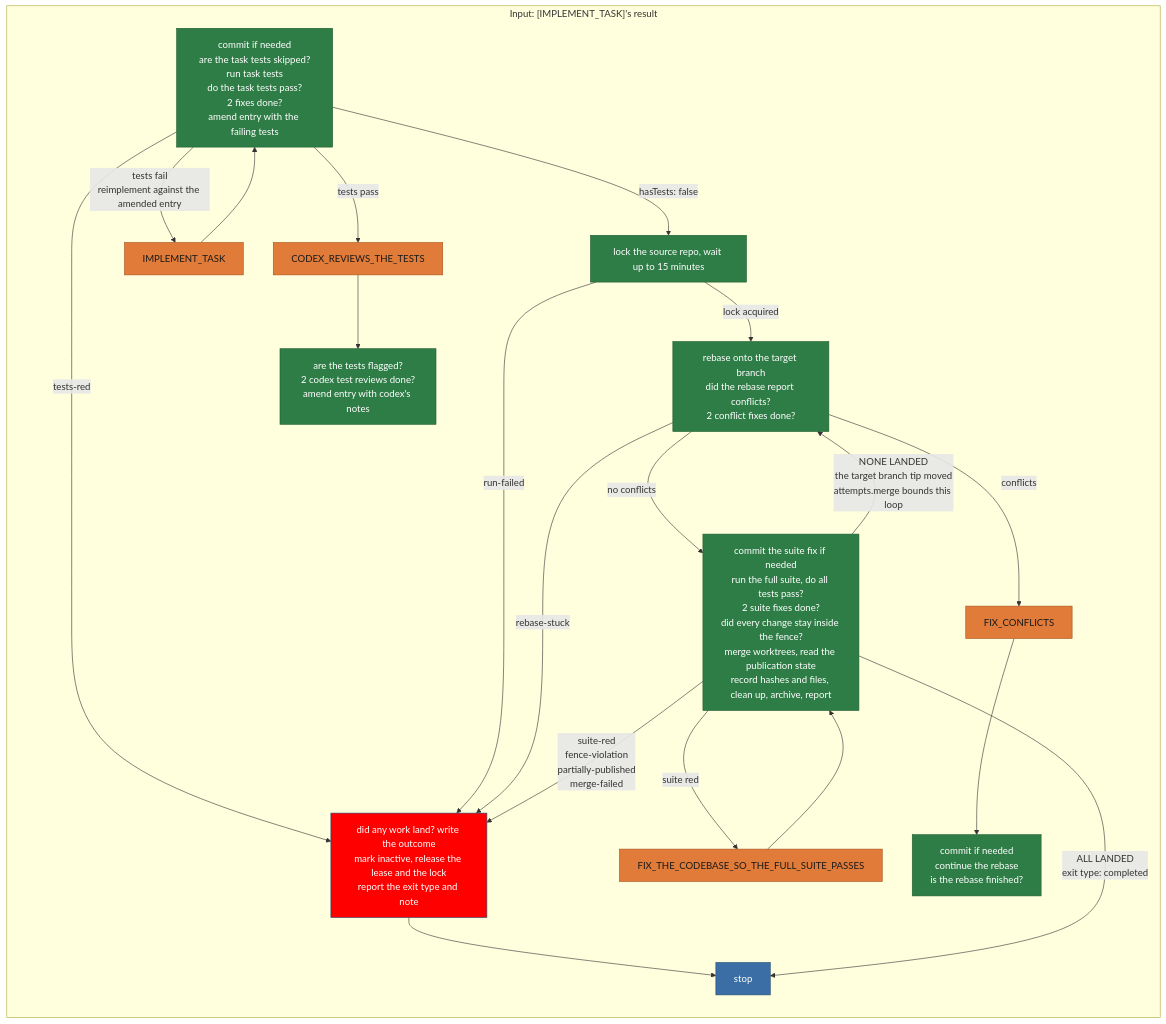
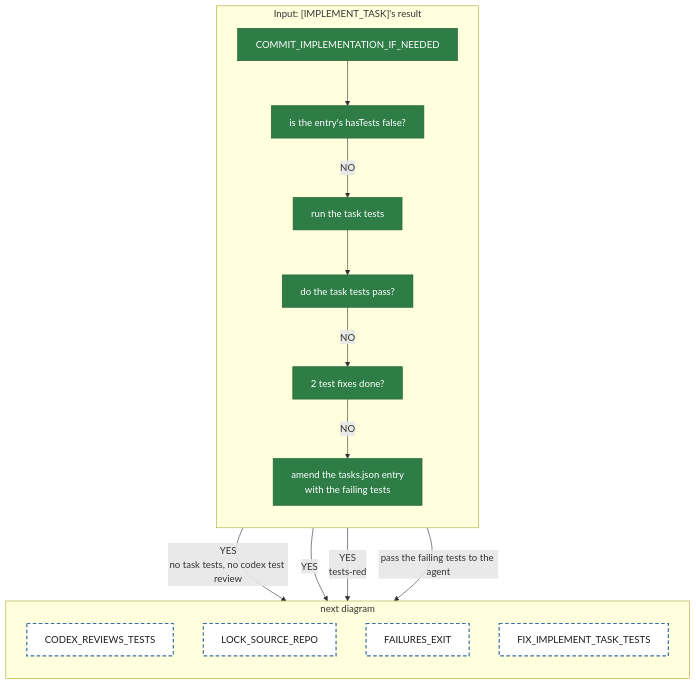
The diagram in diagrams/tackle-tasks/pipeline-commitImplementationIfNeeded.mmd (matkatmusic/taskTools), drawn with Mermaid before and after one commit. The commit also changed 164 other files, not shown here.

First line of the commit message:
Add new task scripts and templates for handling rebase and review processes

```diff
--- a/diagrams/tackle-tasks/pipeline-commitImplementationIfNeeded.mmd
+++ b/diagrams/tackle-tasks/pipeline-commitImplementationIfNeeded.mmd
@@ -1,45 +1,38 @@
 flowchart TB
-%% One agent() call. /run-step starts at COMMIT_IMPLEMENTATION_IF_NEEDED; paths end at orange box or STOP; its answer feeds named diagram.
+%% One agent() call. /run-step starts at COMMIT_IMPLEMENTATION_IF_NEEDED. Every path ends at an orange block or a dashed block.
 
   subgraph commitImplementationIfNeeded ["Input: [IMPLEMENT_TASK]'s result"]
     direction TB
-    COMMIT_IMPLEMENTATION_IF_NEEDED["commit if needed<br/>are the task tests skipped?<br/>run task tests<br/>do the task tests pass?<br/>2 fixes done?<br/>amend entry with the failing tests"]
-    CODEX_REVIEWS_TESTS["CODEX_REVIEWS_THE_TESTS"]
-    IMPLEMENT_TASK["IMPLEMENT_TASK"]
-    FAILURES_EXIT["did any work land? write the outcome<br/>mark inactive, release the lease and the lock<br/>report the exit type and note"]
-    STOP["stop"]
-    LOCK_SOURCE_REPO["lock the source repo, wait up to 15 minutes"]
-    REBASE_ONTO_TARGET_BRANCH["rebase onto the target branch<br/>did the rebase report conflicts?<br/>2 conflict fixes done?"]
-    FIX_CONFLICTS["FIX_CONFLICTS"]
-    RUN_FULL_SUITE["commit the suite fix if needed<br/>run the full suite, do all tests pass?<br/>2 suite fixes done?<br/>did every change stay inside the fence?<br/>merge worktrees, read the publication state<br/>record hashes and files, clean up, archive, report"]
-    FIX_THE_CODEBASE_FOR_SUITE["FIX_THE_CODEBASE_SO_THE_FULL_SUITE_PASSES"]
-    ARE_TESTS_FLAGGED["are the tests flagged?<br/>2 codex test reviews done?<br/>amend entry with codex's notes"]
-    COMMIT_MERGE_CONFLICT_FIX_IF_NEEDED["commit if needed<br/>continue the rebase<br/>is the rebase finished?"]
+    COMMIT_IMPLEMENTATION_IF_NEEDED["COMMIT_IMPLEMENTATION_IF_NEEDED"]
+    ARE_TASK_TESTS_SKIPPED_Q["is the entry's hasTests false?"]
+    RUN_TASK_TESTS["run the task tests"]
+    DO_TASK_TESTS_PASS_Q["do the task tests pass?"]
+    ARE_2_TEST_FIXES_DONE_Q["2 test fixes done?"]
+    AMEND_ENTRY_WITH_FAILING_TESTS["amend the tasks.json entry<br/>with the failing tests"]
   end
-  COMMIT_IMPLEMENTATION_IF_NEEDED -- "tests pass" --> CODEX_REVIEWS_TESTS
-  COMMIT_IMPLEMENTATION_IF_NEEDED -- "tests fail<br/>reimplement against the amended entry" --> IMPLEMENT_TASK
-  FAILURES_EXIT --> STOP
-  COMMIT_IMPLEMENTATION_IF_NEEDED -- "tests-red" --> FAILURES_EXIT
-  COMMIT_IMPLEMENTATION_IF_NEEDED -- "hasTests: false" --> LOCK_SOURCE_REPO
-  LOCK_SOURCE_REPO -- "run-failed" --> FAILURES_EXIT
-  LOCK_SOURCE_REPO -- "lock acquired" --> REBASE_ONTO_TARGET_BRANCH
-  REBASE_ONTO_TARGET_BRANCH -- "conflicts" --> FIX_CONFLICTS
-  REBASE_ONTO_TARGET_BRANCH -- "rebase-stuck" --> FAILURES_EXIT
-  REBASE_ONTO_TARGET_BRANCH -- "no conflicts" --> RUN_FULL_SUITE
-  RUN_FULL_SUITE -- "suite red" --> FIX_THE_CODEBASE_FOR_SUITE
-  RUN_FULL_SUITE -- "suite-red<br/>fence-violation<br/>partially-published<br/>merge-failed" --> FAILURES_EXIT
-  RUN_FULL_SUITE -- "ALL LANDED<br/>exit type: completed" --> STOP
-  RUN_FULL_SUITE -- "NONE LANDED<br/>the target branch tip moved<br/>attempts.merge bounds this loop" --> REBASE_ONTO_TARGET_BRANCH
-  CODEX_REVIEWS_TESTS --> ARE_TESTS_FLAGGED
-  IMPLEMENT_TASK --> COMMIT_IMPLEMENTATION_IF_NEEDED
-  FIX_CONFLICTS --> COMMIT_MERGE_CONFLICT_FIX_IF_NEEDED
-  FIX_THE_CODEBASE_FOR_SUITE --> RUN_FULL_SUITE
+  subgraph commitImplementationIfNeededNext ["next diagram"]
+    direction TB
+    CODEX_REVIEWS_TESTS["CODEX_REVIEWS_TESTS"]
+    LOCK_SOURCE_REPO["LOCK_SOURCE_REPO"]
+    FAILURES_EXIT["FAILURES_EXIT"]
+    FIX_IMPLEMENT_TASK_TESTS["FIX_IMPLEMENT_TASK_TESTS"]
+  end
+  commitImplementationIfNeeded ~~~ commitImplementationIfNeededNext
+
+  COMMIT_IMPLEMENTATION_IF_NEEDED --> ARE_TASK_TESTS_SKIPPED_Q
+  ARE_TASK_TESTS_SKIPPED_Q -- "YES<br/>no task tests, no codex test review" --> LOCK_SOURCE_REPO
+  ARE_TASK_TESTS_SKIPPED_Q -- "NO" --> RUN_TASK_TESTS
+  RUN_TASK_TESTS --> DO_TASK_TESTS_PASS_Q
+  DO_TASK_TESTS_PASS_Q -- "YES" --> CODEX_REVIEWS_TESTS
+  DO_TASK_TESTS_PASS_Q -- "NO" --> ARE_2_TEST_FIXES_DONE_Q
+  ARE_2_TEST_FIXES_DONE_Q -- "NO" --> AMEND_ENTRY_WITH_FAILING_TESTS
+  ARE_2_TEST_FIXES_DONE_Q -- "YES<br/>tests-red" --> FAILURES_EXIT
+  AMEND_ENTRY_WITH_FAILING_TESTS -- "pass the failing tests to the agent" --> FIX_IMPLEMENT_TASK_TESTS
 
   classDef script fill:#2f7d46,stroke:#1e5c31,color:#ffffff
   classDef returns_a_prompt fill:#e07b39,stroke:#a8541f,color:#1a1a1a
   classDef fail fill:red,stroke:#254a70,color:#ffffff
   classDef output fill:#3b6ea5,stroke:#254a70,color:#ffffff
-  class COMMIT_IMPLEMENTATION_IF_NEEDED,LOCK_SOURCE_REPO,REBASE_ONTO_TARGET_BRANCH,RUN_FULL_SUITE,ARE_TESTS_FLAGGED,COMMIT_MERGE_CONFLICT_FIX_IF_NEEDED script
-  class CODEX_REVIEWS_TESTS,IMPLEMENT_TASK,FIX_CONFLICTS,FIX_THE_CODEBASE_FOR_SUITE returns_a_prompt
-  class FAILURES_EXIT fail
-  class STOP output
+  classDef next_diagram fill:#ffffff,stroke:#3b6ea5,stroke-width:2px,stroke-dasharray:6 4,color:#1a1a1a
+  class COMMIT_IMPLEMENTATION_IF_NEEDED,ARE_TASK_TESTS_SKIPPED_Q,RUN_TASK_TESTS,DO_TASK_TESTS_PASS_Q,ARE_2_TEST_FIXES_DONE_Q,AMEND_ENTRY_WITH_FAILING_TESTS script
+  class CODEX_REVIEWS_TESTS,LOCK_SOURCE_REPO,FAILURES_EXIT,FIX_IMPLEMENT_TASK_TESTS next_diagram
```
